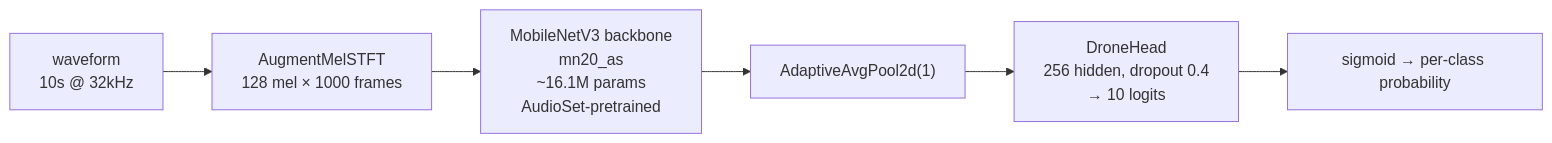
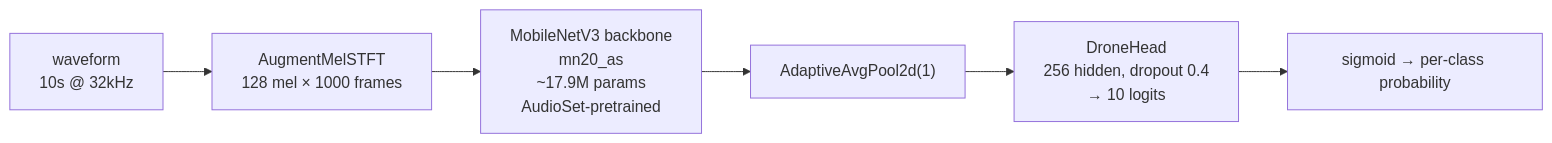
Before and after one commit to itohio/itohio.github.io: the second of 5 diagrams in blog/content/fpv/drone-detector-nn/index.md, drawn with Mermaid. The commit also changed other lines of this file and 20 other files, not shown here.

Commit message:
fix(ai,statistics): p-value meaning, sampling defaults, GraphRAG/Cypher/LangChain/Keras/PyTorch API drift

````diff
--- a/blog/content/fpv/drone-detector-nn/index.md
+++ b/blog/content/fpv/drone-detector-nn/index.md
@@ -119,11 +119,11 @@
 ```mermaid
 graph LR
     W["waveform\n10s @ 32kHz"]
     MEL["AugmentMelSTFT\n128 mel × 1000 frames"]
-    BB["MobileNetV3 backbone\nmn20_as\n~16.1M params\nAudioSet-pretrained"]
+    BB["MobileNetV3 backbone\nmn20_as\n~17.9M params\nAudioSet-pretrained"]
     POOL["AdaptiveAvgPool2d(1)"]
     HEAD["DroneHead\n256 hidden, dropout 0.4\n→ 10 logits"]
     OUT["sigmoid → per-class probability"]
 
     W --> MEL --> BB --> POOL --> HEAD --> OUT
 ```
````
